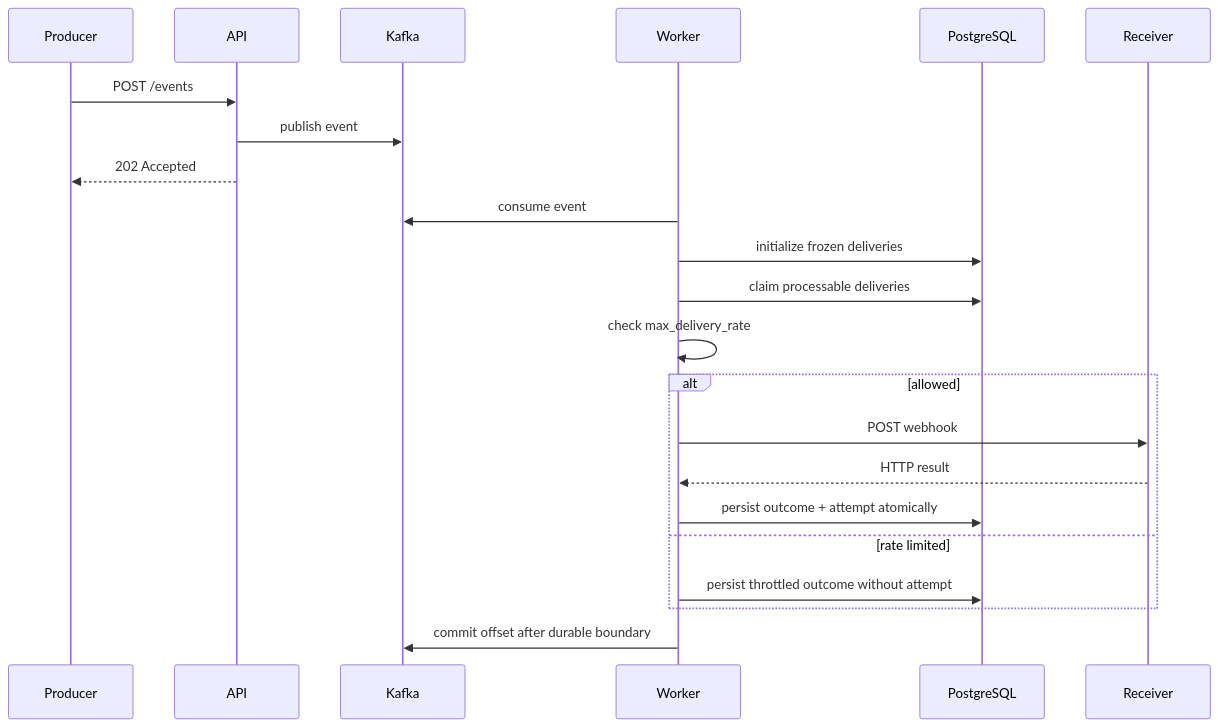
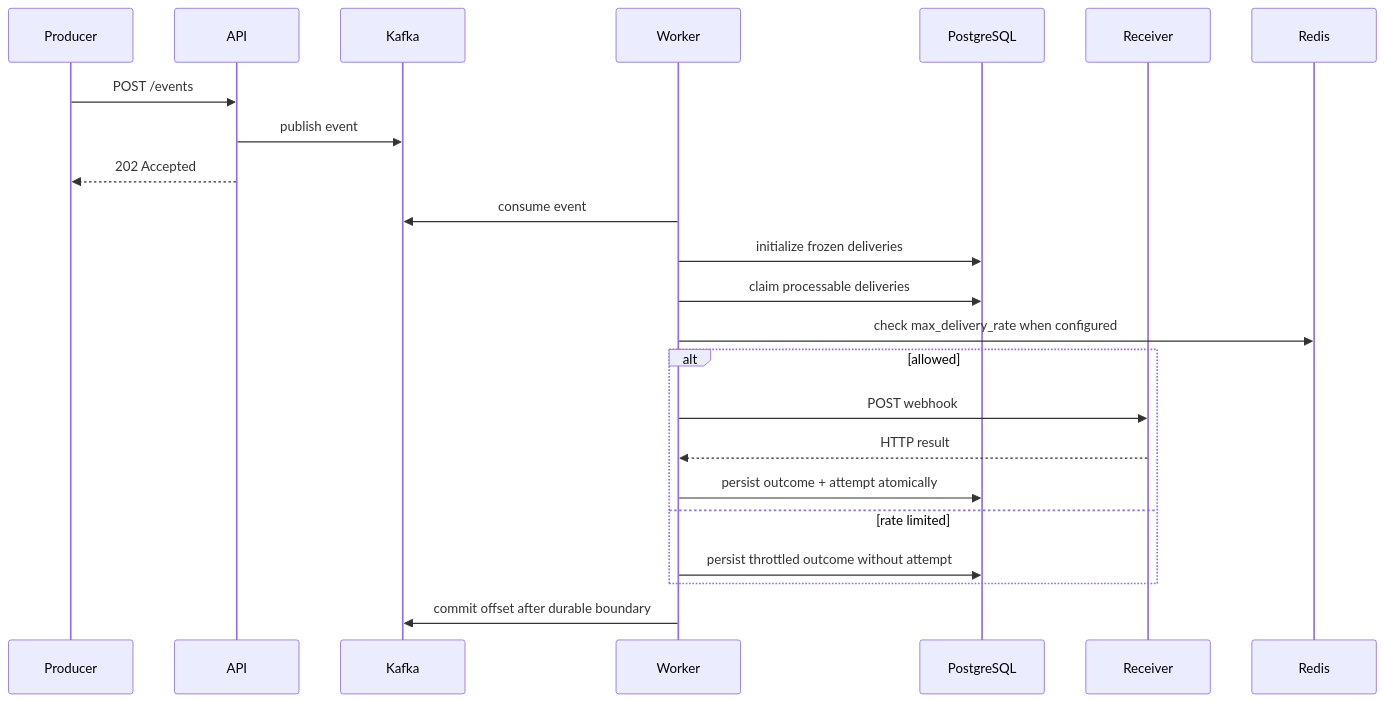
Before and after one commit to felipepmaragno/webhook-service: the third of 3 diagrams in docs/architecture.md, drawn with Mermaid. The commit also changed other lines of this file and 34 other files, not shown here.

Commit message:
feat(resilience): restore redis max delivery rate

````diff
--- a/docs/architecture.md
+++ b/docs/architecture.md
@@ -99,25 +100,25 @@
 ```mermaid
 sequenceDiagram
     participant P as Producer
     participant API as API
     participant K as Kafka
     participant W as Worker
     participant DB as PostgreSQL
     participant R as Receiver
 
     P->>API: POST /events
     API->>K: publish event
     API-->>P: 202 Accepted
     W->>K: consume event
     W->>DB: initialize frozen deliveries
     W->>DB: claim processable deliveries
-    W->>W: check max_delivery_rate
+    W->>Redis: check max_delivery_rate when configured
     alt allowed
         W->>R: POST webhook
         R-->>W: HTTP result
         W->>DB: persist outcome + attempt atomically
     else rate limited
         W->>DB: persist throttled outcome without attempt
     end
     W->>K: commit offset after durable boundary
 ```
````
